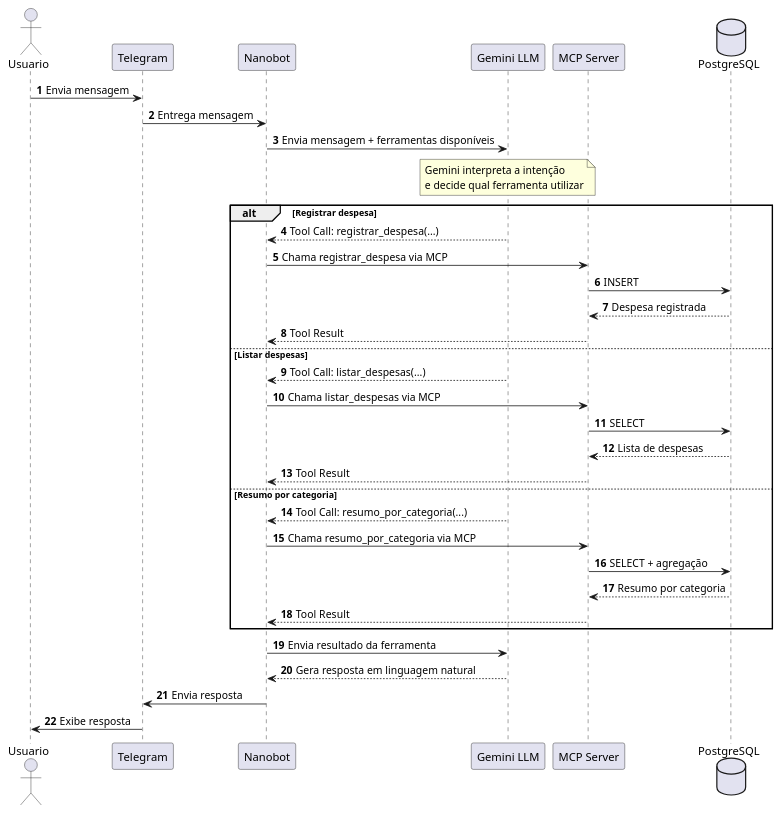
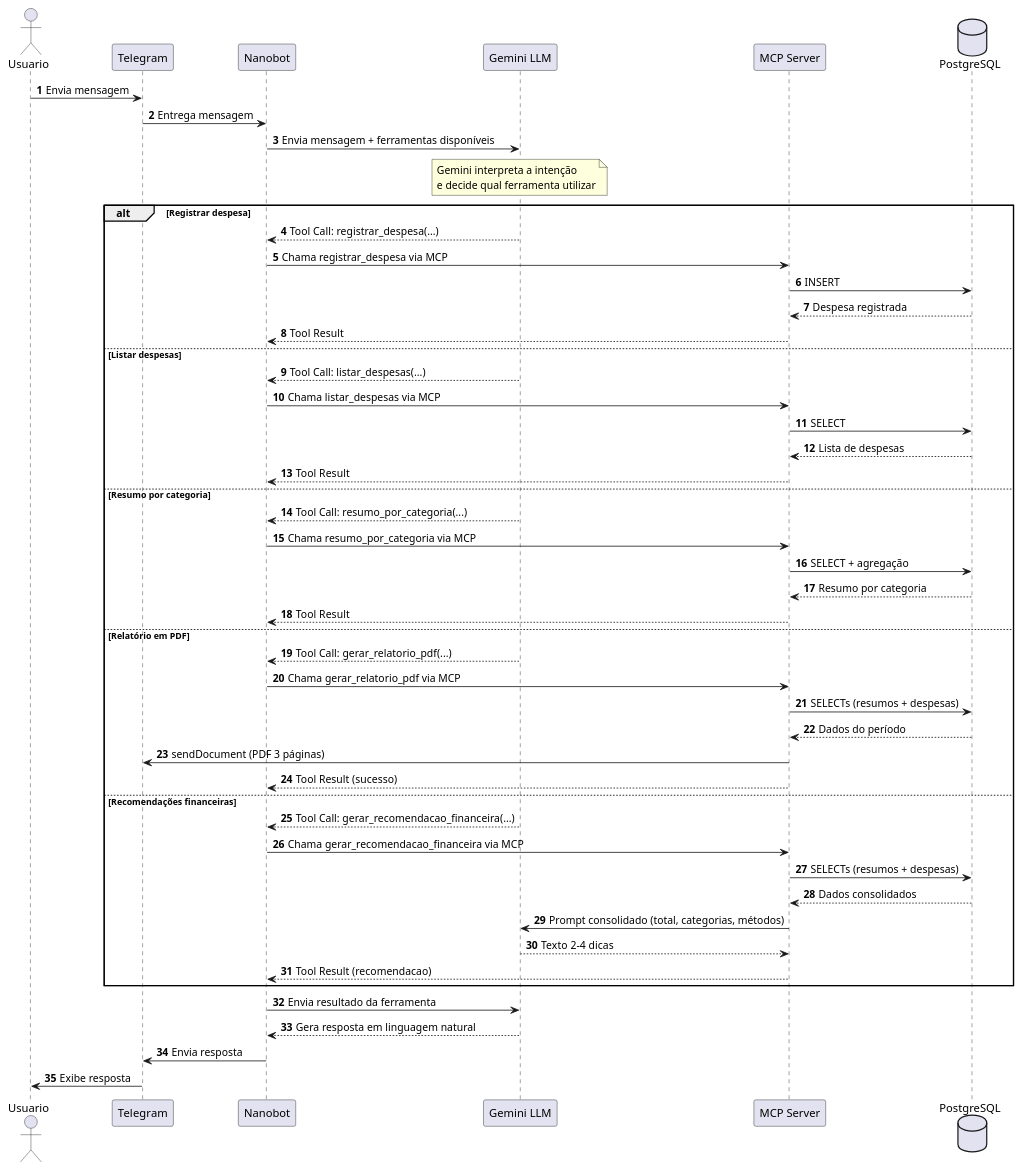
One commit to vinimeurer/orcamento-conversasional changed the diagram in docs/diagrams/diagram-sources/diagrama-sequencia.puml. Above: the diagram before and after it, drawn with PlantUML. The commit also changed 1 other file, not shown here.

Commit message:
Add financial report and recommendation generation to sequence diagram and update image result

```diff
--- a/docs/diagrams/diagram-sources/diagrama-sequencia.puml
+++ b/docs/diagrams/diagram-sources/diagrama-sequencia.puml
@@ -1,54 +1,73 @@
 @startuml
 
 autonumber
 
 actor "Usuario" as U
 participant "Telegram" as T
 participant "Nanobot" as N
 participant "Gemini LLM" as G
 participant "MCP Server" as M
 database "PostgreSQL" as DB
 
 U -> T : Envia mensagem
 T -> N : Entrega mensagem
 
 N -> G : Envia mensagem + ferramentas disponíveis
 
 note over G
 Gemini interpreta a intenção
 e decide qual ferramenta utilizar
 end note
 
 alt Registrar despesa
 
     G --> N : Tool Call: registrar_despesa(...)
     N -> M : Chama registrar_despesa via MCP
     M -> DB : INSERT
     DB --> M : Despesa registrada
     M --> N : Tool Result
 
 else Listar despesas
 
     G --> N : Tool Call: listar_despesas(...)
     N -> M : Chama listar_despesas via MCP
     M -> DB : SELECT
     DB --> M : Lista de despesas
     M --> N : Tool Result
 
 else Resumo por categoria
 
     G --> N : Tool Call: resumo_por_categoria(...)
     N -> M : Chama resumo_por_categoria via MCP
     M -> DB : SELECT + agregação
     DB --> M : Resumo por categoria
     M --> N : Tool Result
 
+else Relatório em PDF
+
+    G --> N : Tool Call: gerar_relatorio_pdf(...)
+    N -> M : Chama gerar_relatorio_pdf via MCP
+    M -> DB : SELECTs (resumos + despesas)
+    DB --> M : Dados do período
+    M -> T : sendDocument (PDF 3 páginas)
+    M --> N : Tool Result (sucesso)
+
+else Recomendações financeiras
+
+    G --> N : Tool Call: gerar_recomendacao_financeira(...)
+    N -> M : Chama gerar_recomendacao_financeira via MCP
+    M -> DB : SELECTs (resumos + despesas)
+    DB --> M : Dados consolidados
+    M -> G : Prompt consolidado (total, categorias, métodos)
+    G --> M : Texto 2-4 dicas
+    M --> N : Tool Result (recomendacao)
+
 end
 
 N -> G : Envia resultado da ferramenta
 G --> N : Gera resposta em linguagem natural
 
 N -> T : Envia resposta
 T -> U : Exibe resposta
 
 @enduml
```
